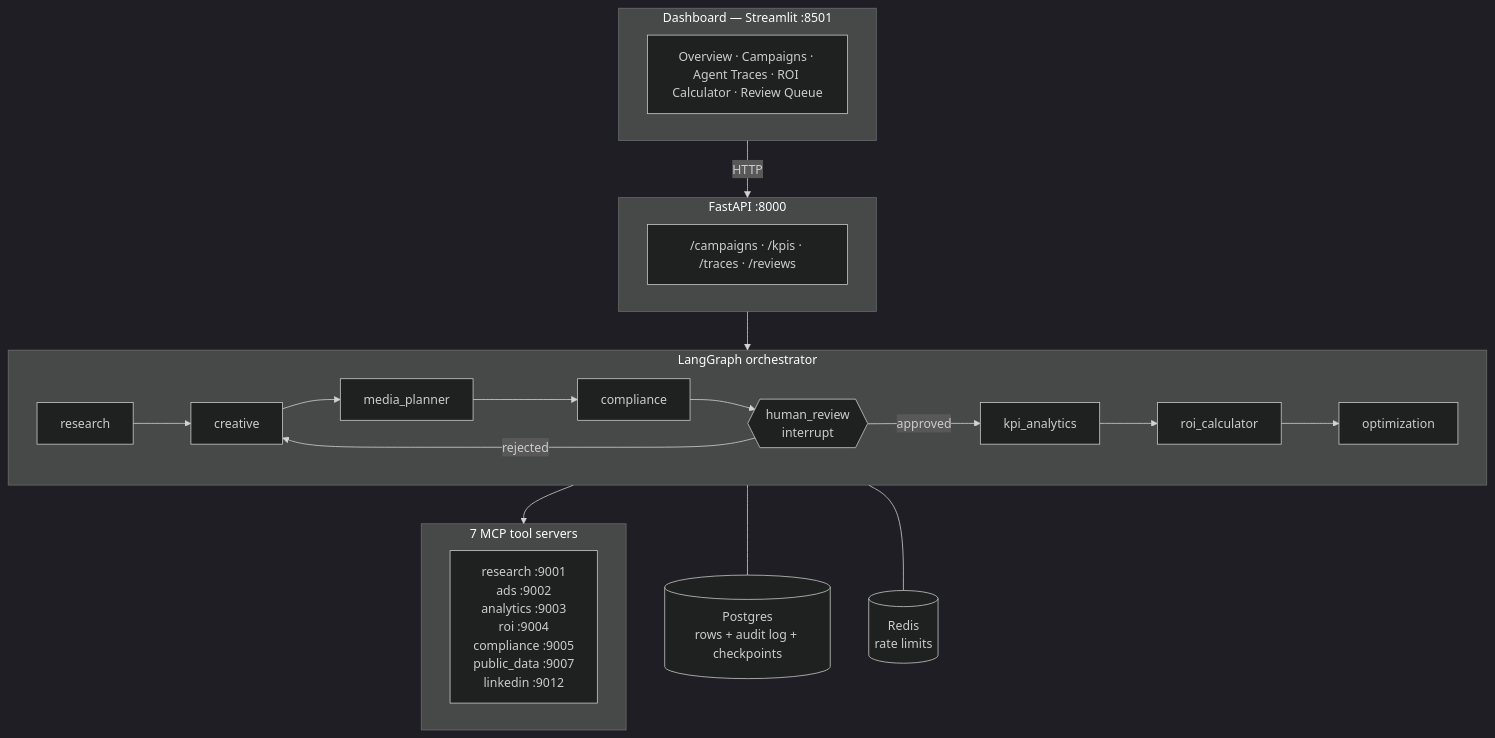
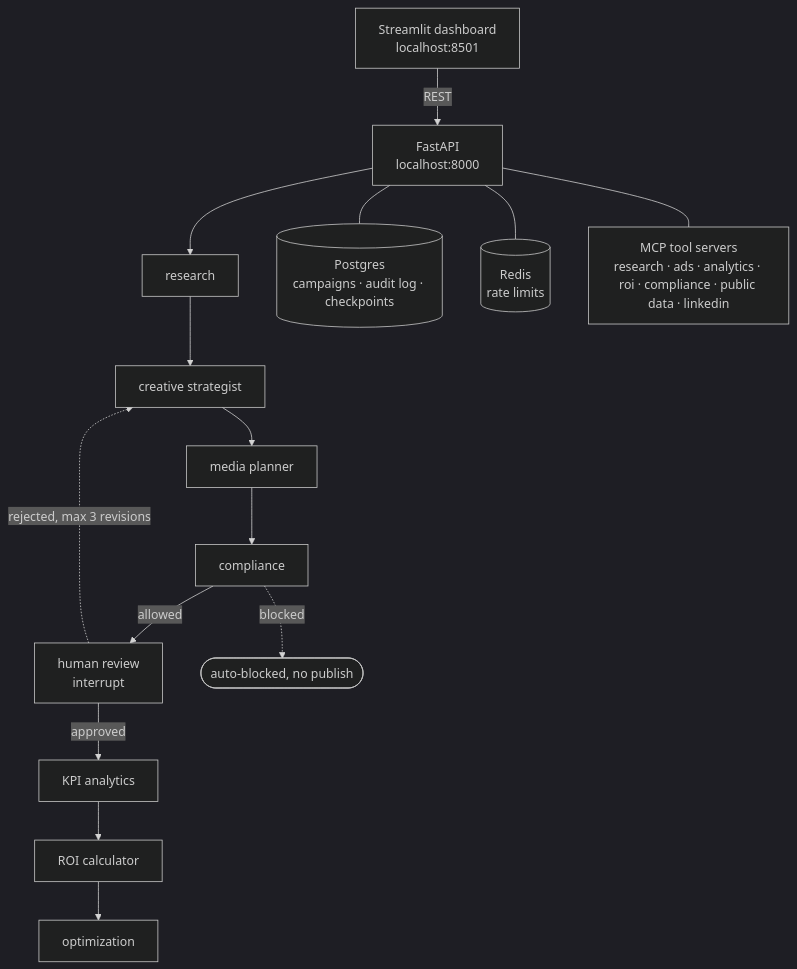
The diagram in README.md (Kaustubh-Rathi/adforge), drawn with Mermaid (dark theme) before and after one commit.

Commit message:
docs: repair the architecture mermaid diagram

````diff
--- a/README.md
+++ b/README.md
@@ -52,30 +52,18 @@
 ```mermaid
 flowchart TB
-    subgraph UI["Dashboard — Streamlit :8501"]
-        PAGES["Overview · Campaigns · Agent Traces · ROI Calculator · Review Queue"]
-    end
+    DASH["Streamlit dashboard<br/>localhost:8501"] -->|REST| API["FastAPI<br/>localhost:8000"]
+    API --> R["research"]
+    R --> C["creative strategist"]
+    C --> M["media planner"]
+    M --> X["compliance"]
+    X -->|allowed| H["human review<br/>interrupt"]
+    H -->|approved| K["KPI analytics"]
+    K --> ROI["ROI calculator"]
+    ROI --> O["optimization"]
+    H -.->|rejected, max 3 revisions| C
+    X -.->|blocked| STOP(["auto-blocked, no publish"])
 
-    subgraph API["FastAPI :8000"]
-        EP["/campaigns · /kpis · /traces · /reviews"]
-    end
-
-    subgraph G["LangGraph orchestrator"]
-        direction LR
-        RS[research] --> CR[creative] --> MP[media_planner] --> CO[compliance]
-        CO --> HR{{human_review<br/>interrupt}}
-        HR -->|approved| KA[kpi_analytics] --> RO[roi_calculator] --> OP[optimization]
-        HR -->|rejected| CR
-    end
-
-    subgraph MCP["7 MCP tool servers"]
-        SERVERS["research :9001<br/>ads :9002<br/>analytics :9003<br/>roi :9004<br/>compliance :9005<br/>public_data :9007<br/>linkedin :9012"]
-    end
-
-    PG[(Postgres<br/>rows + audit log + checkpoints)]
-    RD[(Redis<br/>rate limits)]
-
-    UI -->|HTTP| API --> G
-    G --> MCP
-    G --- PG
-    G --- RD
+    API --- PG[("Postgres<br/>campaigns · audit log · checkpoints")]
+    API --- RD[("Redis<br/>rate limits")]
+    API --- MCP["MCP tool servers<br/>research · ads · analytics · roi · compliance · public data · linkedin"]
 ```
````
